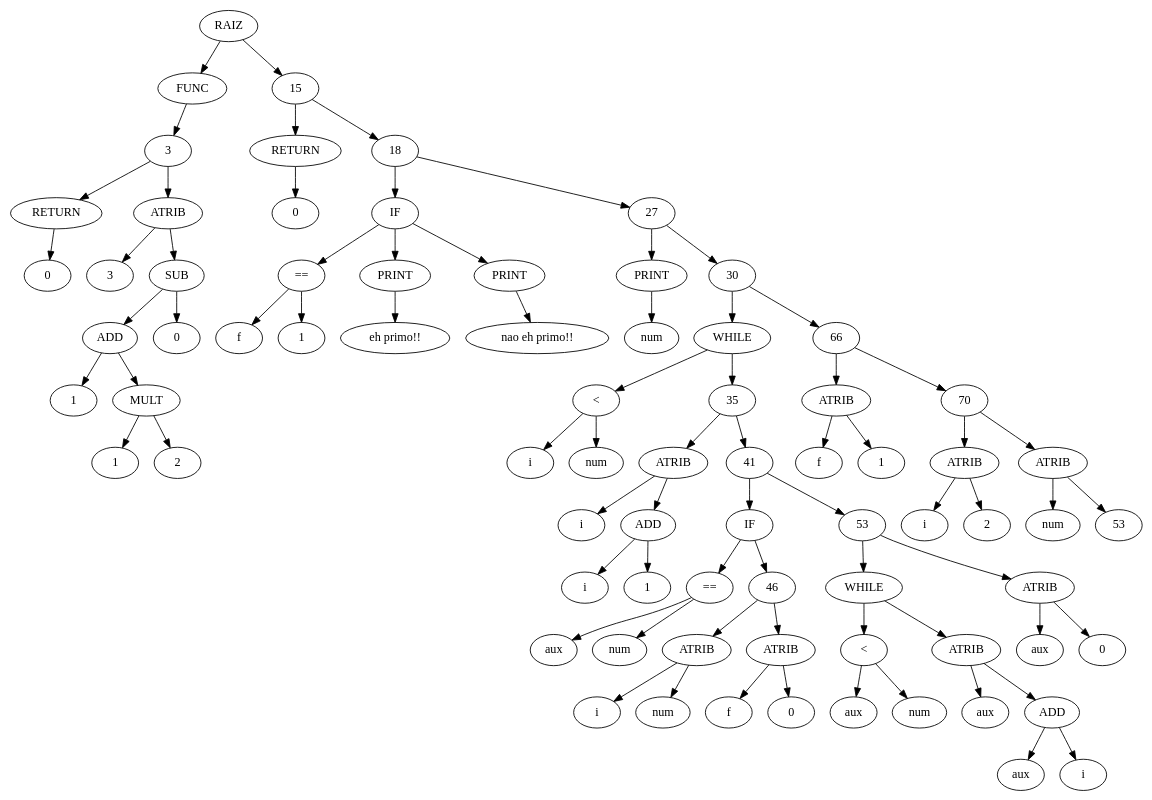
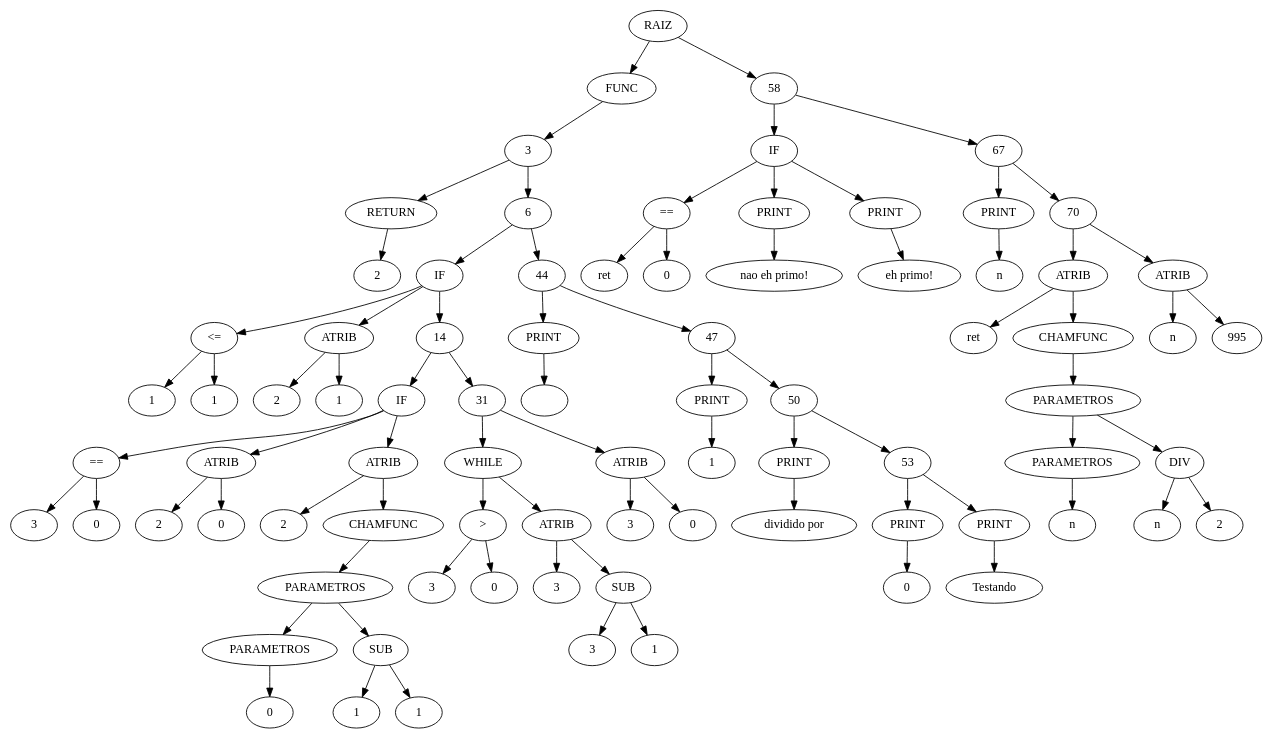
One commit to Kanchii/COM changed the diagram in graph.dot. Above: the diagram before and after it, drawn with Graphviz. The commit also changed 12 other files, not shown here.

```diff
--- a/graph.dot
+++ b/graph.dot
@@ -1,142 +1,154 @@
 digraph G {
 	1 [label = "RAIZ"];
 	2 [label = "FUNC"];
 	4 [label = "RETURN"];
-	5 [label = "0"];
-	6 [label = "ATRIB"];
-	7 [label = "3"];
-	8 [label = "SUB"];
-	9 [label = "ADD"];
+	5 [label = "2"];
+	7 [label = "IF"];
+	8 [label = "<="];
+	9 [label = "1"];
 	10 [label = "1"];
-	11 [label = "MULT"];
-	12 [label = "1"];
-	13 [label = "2"];
-	14 [label = "0"];
-	16 [label = "RETURN"];
-	17 [label = "0"];
-	19 [label = "IF"];
-	20 [label = "=="];
-	21 [label = "f"];
-	22 [label = "1"];
-	23 [label = "PRINT"];
-	24 [label = " eh primo!!\n"];
-	25 [label = "PRINT"];
-	26 [label = " nao eh primo!!\n"];
-	28 [label = "PRINT"];
-	29 [label = "num"];
-	31 [label = "WHILE"];
-	32 [label = "<"];
-	33 [label = "i"];
-	34 [label = "num"];
+	11 [label = "ATRIB"];
+	12 [label = "2"];
+	13 [label = "1"];
+	15 [label = "IF"];
+	16 [label = "=="];
+	17 [label = "3"];
+	18 [label = "0"];
+	19 [label = "ATRIB"];
+	20 [label = "2"];
+	21 [label = "0"];
+	22 [label = "ATRIB"];
+	23 [label = "2"];
+	24 [label = "CHAMFUNC"];
+	25 [label = "PARAMETROS"];
+	26 [label = "PARAMETROS"];
+	27 [label = "0"];
+	28 [label = "SUB"];
+	29 [label = "1"];
+	30 [label = "1"];
+	32 [label = "WHILE"];
+	33 [label = ">"];
+	34 [label = "3"];
+	35 [label = "0"];
 	36 [label = "ATRIB"];
-	37 [label = "i"];
-	38 [label = "ADD"];
-	39 [label = "i"];
+	37 [label = "3"];
+	38 [label = "SUB"];
+	39 [label = "3"];
 	40 [label = "1"];
-	42 [label = "IF"];
-	43 [label = "=="];
-	44 [label = "aux"];
-	45 [label = "num"];
-	47 [label = "ATRIB"];
-	48 [label = "i"];
-	49 [label = "num"];
-	50 [label = "ATRIB"];
-	51 [label = "f"];
-	52 [label = "0"];
-	54 [label = "WHILE"];
-	55 [label = "<"];
-	56 [label = "aux"];
-	57 [label = "num"];
-	58 [label = "ATRIB"];
-	59 [label = "aux"];
-	60 [label = "ADD"];
-	61 [label = "aux"];
-	62 [label = "i"];
-	63 [label = "ATRIB"];
-	64 [label = "aux"];
-	65 [label = "0"];
-	67 [label = "ATRIB"];
-	68 [label = "f"];
-	69 [label = "1"];
+	41 [label = "ATRIB"];
+	42 [label = "3"];
+	43 [label = "0"];
+	45 [label = "PRINT"];
+	46 [label = "\n"];
+	48 [label = "PRINT"];
+	49 [label = "1"];
+	51 [label = "PRINT"];
+	52 [label = " dividido por "];
+	54 [label = "PRINT"];
+	55 [label = "0"];
+	56 [label = "PRINT"];
+	57 [label = "Testando "];
+	59 [label = "IF"];
+	60 [label = "=="];
+	61 [label = "ret"];
+	62 [label = "0"];
+	63 [label = "PRINT"];
+	64 [label = " nao eh primo!\n"];
+	65 [label = "PRINT"];
+	66 [label = " eh primo!\n"];
+	68 [label = "PRINT"];
+	69 [label = "n"];
 	71 [label = "ATRIB"];
-	72 [label = "i"];
-	73 [label = "2"];
-	74 [label = "ATRIB"];
-	75 [label = "num"];
-	76 [label = "53"];
+	72 [label = "ret"];
+	73 [label = "CHAMFUNC"];
+	74 [label = "PARAMETROS"];
+	75 [label = "PARAMETROS"];
+	76 [label = "n"];
+	77 [label = "DIV"];
+	78 [label = "n"];
+	79 [label = "2"];
+	80 [label = "ATRIB"];
+	81 [label = "n"];
+	82 [label = "995"];
 	1 -> 2;
 	2 -> 3;
 	3 -> 4;
 	4 -> 5;
 	3 -> 6;
 	6 -> 7;
-	6 -> 8;
+	7 -> 8;
 	8 -> 9;
-	9 -> 10;
-	9 -> 11;
+	8 -> 10;
+	7 -> 11;
 	11 -> 12;
 	11 -> 13;
-	8 -> 14;
-	1 -> 15;
+	7 -> 14;
+	14 -> 15;
 	15 -> 16;
 	16 -> 17;
-	15 -> 18;
-	18 -> 19;
+	16 -> 18;
+	15 -> 19;
 	19 -> 20;
-	20 -> 21;
-	20 -> 22;
-	19 -> 23;
-	23 -> 24;
-	19 -> 25;
+	19 -> 21;
+	15 -> 22;
+	22 -> 23;
+	22 -> 24;
+	24 -> 25;
 	25 -> 26;
-	18 -> 27;
-	27 -> 28;
+	26 -> 27;
+	25 -> 28;
 	28 -> 29;
-	27 -> 30;
-	30 -> 31;
+	28 -> 30;
+	14 -> 31;
 	31 -> 32;
 	32 -> 33;
-	32 -> 34;
-	31 -> 35;
-	35 -> 36;
+	33 -> 34;
+	33 -> 35;
+	32 -> 36;
 	36 -> 37;
 	36 -> 38;
 	38 -> 39;
 	38 -> 40;
-	35 -> 41;
+	31 -> 41;
 	41 -> 42;
-	42 -> 43;
-	43 -> 44;
-	43 -> 45;
-	42 -> 46;
-	46 -> 47;
+	41 -> 43;
+	6 -> 44;
+	44 -> 45;
+	45 -> 46;
+	44 -> 47;
 	47 -> 48;
-	47 -> 49;
-	46 -> 50;
+	48 -> 49;
+	47 -> 50;
 	50 -> 51;
-	50 -> 52;
-	41 -> 53;
+	51 -> 52;
+	50 -> 53;
 	53 -> 54;
 	54 -> 55;
-	55 -> 56;
-	55 -> 57;
-	54 -> 58;
+	53 -> 56;
+	56 -> 57;
+	1 -> 58;
 	58 -> 59;
-	58 -> 60;
+	59 -> 60;
 	60 -> 61;
 	60 -> 62;
-	53 -> 63;
+	59 -> 63;
 	63 -> 64;
-	63 -> 65;
-	30 -> 66;
-	66 -> 67;
+	59 -> 65;
+	65 -> 66;
+	58 -> 67;
 	67 -> 68;
-	67 -> 69;
-	66 -> 70;
+	68 -> 69;
+	67 -> 70;
 	70 -> 71;
 	71 -> 72;
 	71 -> 73;
-	70 -> 74;
+	73 -> 74;
 	74 -> 75;
-	74 -> 76;
+	75 -> 76;
+	74 -> 77;
+	77 -> 78;
+	77 -> 79;
+	70 -> 80;
+	80 -> 81;
+	80 -> 82;
 }
```
